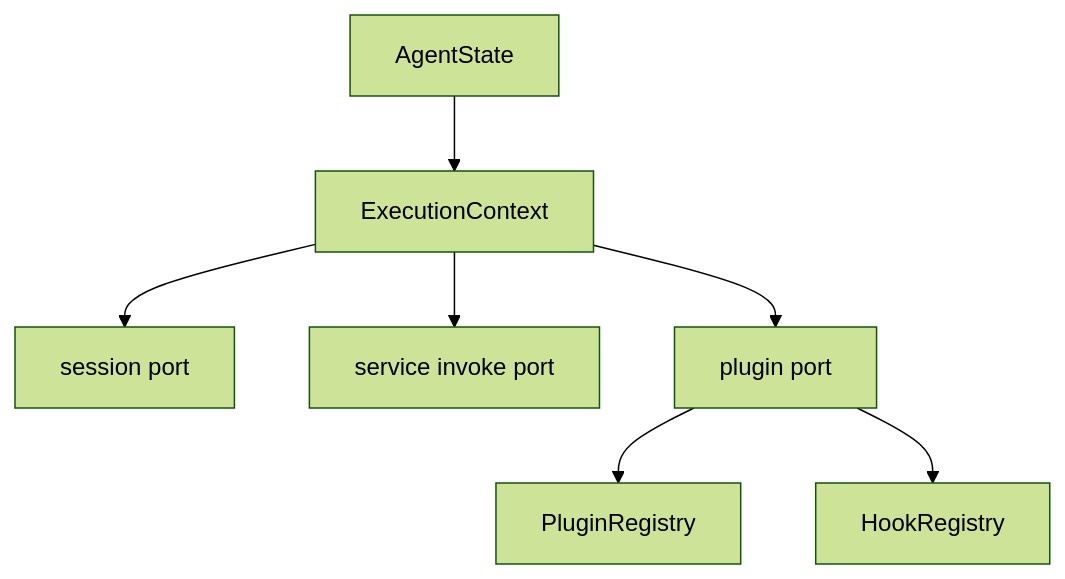
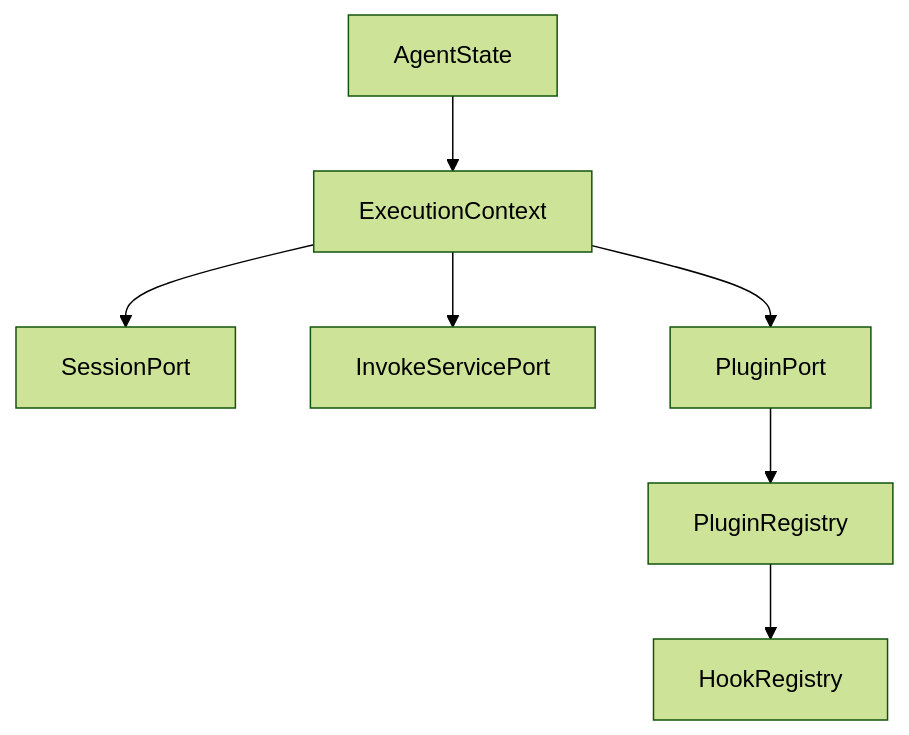
Before and after one commit to wangenius/downcity: the second of 6 diagrams in devdocs/agent-and-session.md, drawn with Mermaid (forest theme). The commit also changed other lines of this file and 96 other files, not shown here.

````diff
--- a/devdocs/agent-and-session.md
+++ b/devdocs/agent-and-session.md
@@ -94,9 +99,9 @@
 ```mermaid
 flowchart TD
-  AR["AgentState"] --> ER["ExecutionContext"]
-  ER --> SP["session port"]
-  ER --> SVP["service invoke port"]
-  ER --> PP["plugin port"]
-  PP --> PR["PluginRegistry"]
-  PP --> HR["HookRegistry"]
+  STATE["AgentState"] --> CTX["ExecutionContext"]
+  CTX --> SP["SessionPort"]
+  CTX --> IP["InvokeServicePort"]
+  CTX --> PP["PluginPort"]
+  PP --> REG["PluginRegistry"]
+  REG --> HOOK["HookRegistry"]
 ```
````
